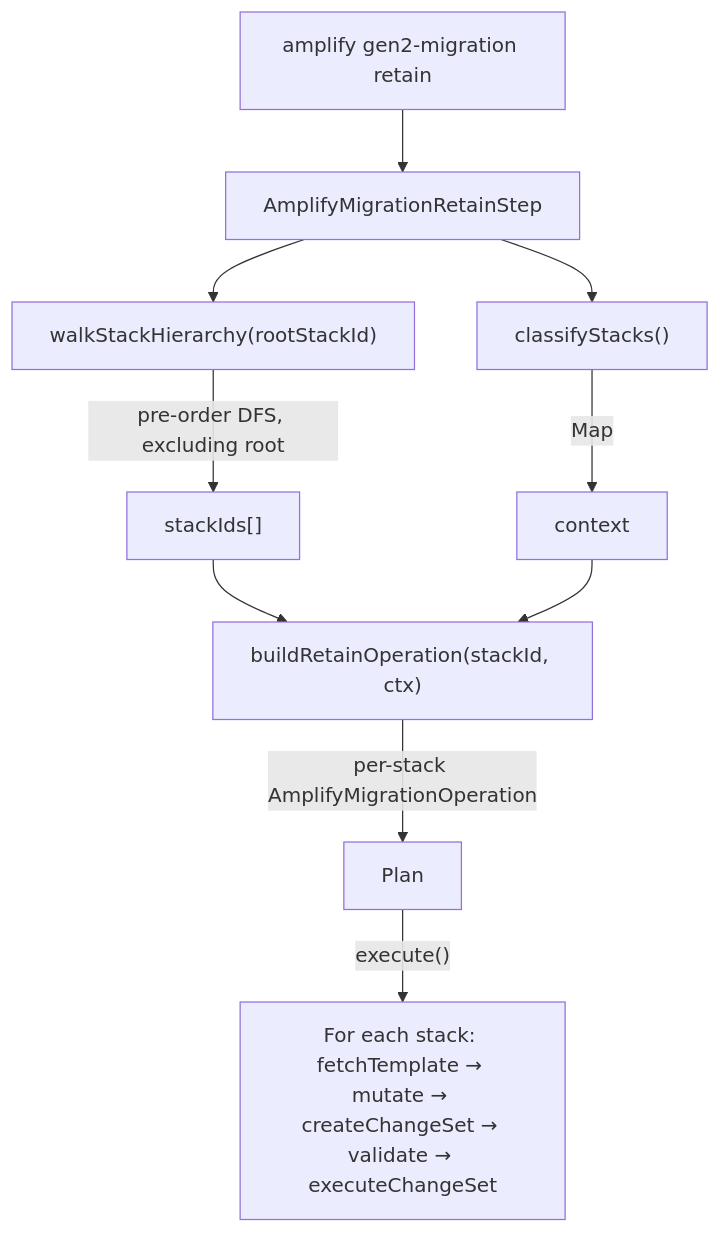
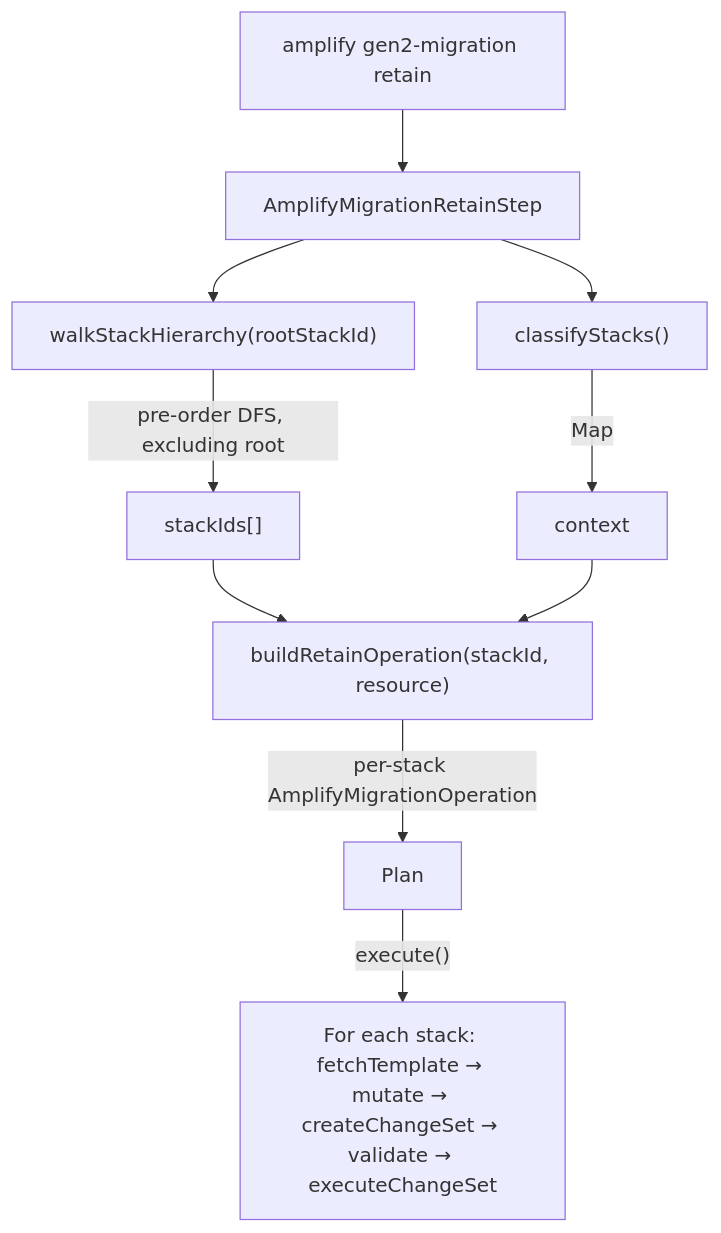
Before and after one commit to aws-amplify/amplify-cli: the diagram in docs/packages/amplify-cli/src/commands/gen2-migration/retain.md, drawn with Mermaid. The commit also changed other lines of this file and 2 other files, not shown here.

Commit message:
chore: address pr feedback on retain

````diff
--- a/docs/packages/amplify-cli/src/commands/gen2-migration/retain.md
+++ b/docs/packages/amplify-cli/src/commands/gen2-migration/retain.md
@@ -15,12 +15,12 @@
 ```mermaid
 flowchart TD
     CLI["amplify gen2-migration retain"] --> STEP["AmplifyMigrationRetainStep"]
     STEP --> WALK["walkStackHierarchy(rootStackId)"]
     WALK -->|"pre-order DFS, excluding root"| IDS["stackIds[]"]
     STEP --> CLASSIFY["classifyStacks()"]
-    CLASSIFY -->|"Map<stackId, StackContext>"| CTX["context"]
-    IDS --> BUILDOP["buildRetainOperation(stackId, ctx)"]
+    CLASSIFY -->|"Map<stackId, DiscoveredResource>"| CTX["context"]
+    IDS --> BUILDOP["buildRetainOperation(stackId, resource)"]
     CTX --> BUILDOP
     BUILDOP -->|"per-stack AmplifyMigrationOperation"| PLAN["Plan"]
     PLAN -->|"execute()"| EXEC["For each stack: fetchTemplate → mutate → createChangeSet → validate → executeChangeSet"]
 ```
````
